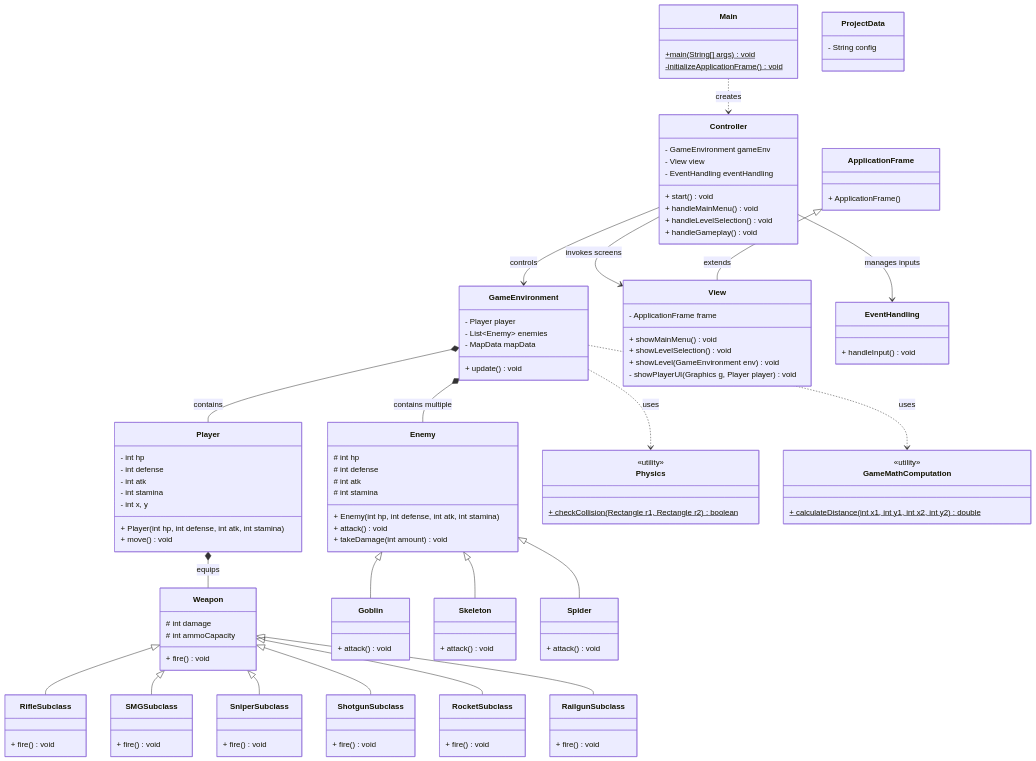
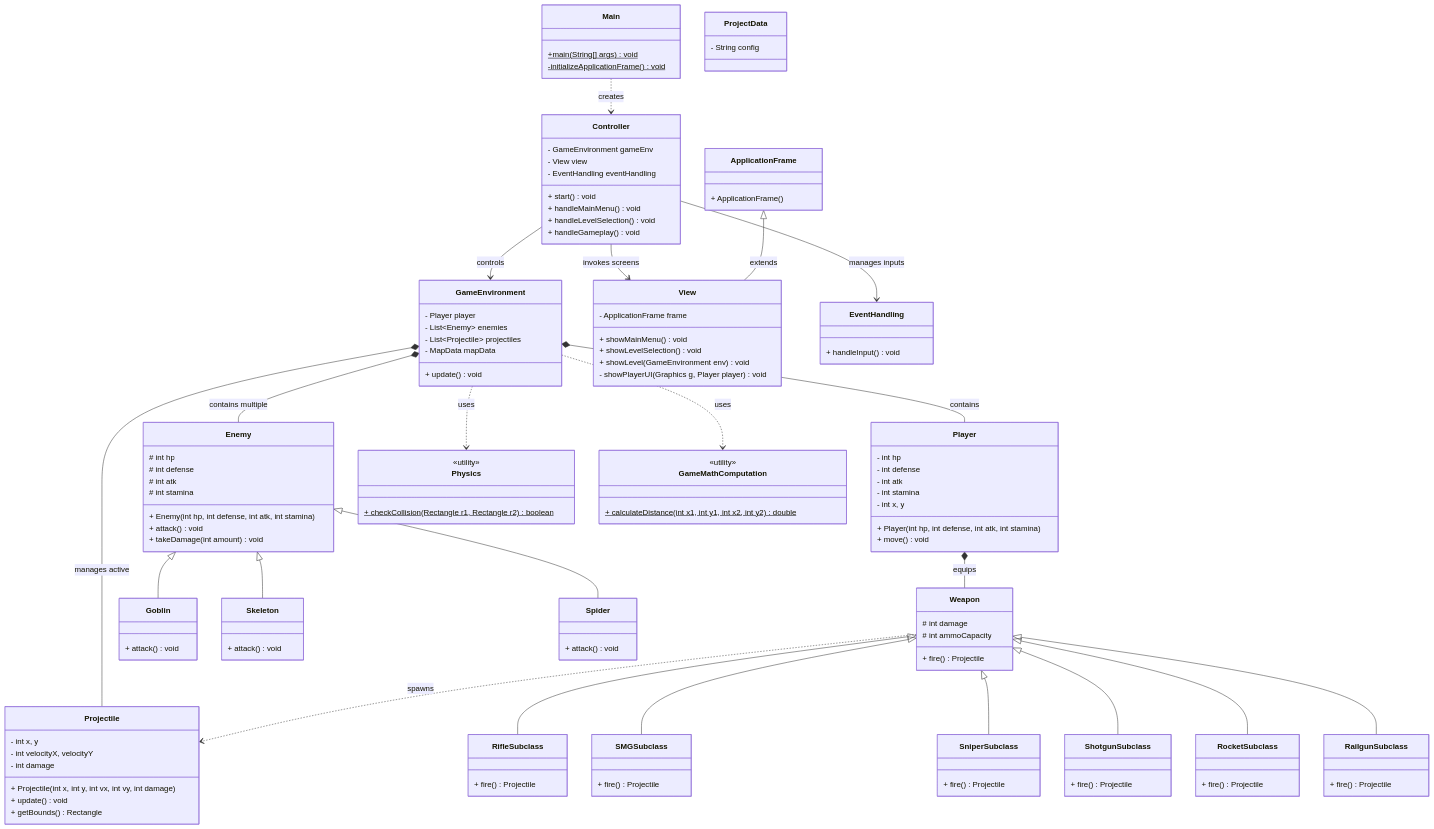
The diagram in diagram.md (Duckyduckyquac/CSS123P_FinalProject), drawn with Mermaid before and after one commit.

Commit message:
Update diagram.md
Added projectile class

```diff
--- a/diagram.md
+++ b/diagram.md
@@ -24,6 +24,7 @@
 class GameEnvironment {
     - Player player
     - List~Enemy~ enemies
+    - List~Projectile~ projectiles
     - MapData mapData
     + update() void
 }
@@ -41,31 +42,40 @@
 class Weapon {
     # int damage
     # int ammoCapacity
-    + fire() void
+    + fire() Projectile
 }
 
 class RifleSubclass {
-    + fire() void
+    + fire() Projectile
 }
 
 class SMGSubclass {
-    + fire() void
+    + fire() Projectile
 }
 
 class SniperSubclass {
-    + fire() void
+    + fire() Projectile
 }
 
 class ShotgunSubclass {
-    + fire() void
+    + fire() Projectile
 }
 
 class RocketSubclass {
-    + fire() void
+    + fire() Projectile
 }
 
 class RailgunSubclass {
-    + fire() void
+    + fire() Projectile
+}
+
+class Projectile {
+    - int x, y
+    - int velocityX, velocityY
+    - int damage
+    + Projectile(int x, int y, int vx, int vy, int damage)
+    + update() void
+    + getBounds() Rectangle
 }
 
 class Enemy {
@@ -127,7 +137,9 @@
 ApplicationFrame <|-- View : extends
 GameEnvironment *-- Player : contains
 GameEnvironment *-- Enemy : contains multiple
+GameEnvironment *-- Projectile : manages active
 Player *-- Weapon : equips
+Weapon ..> Projectile : spawns
 Weapon <|-- RifleSubclass
 Weapon <|-- SMGSubclass
 Weapon <|-- SniperSubclass
```
